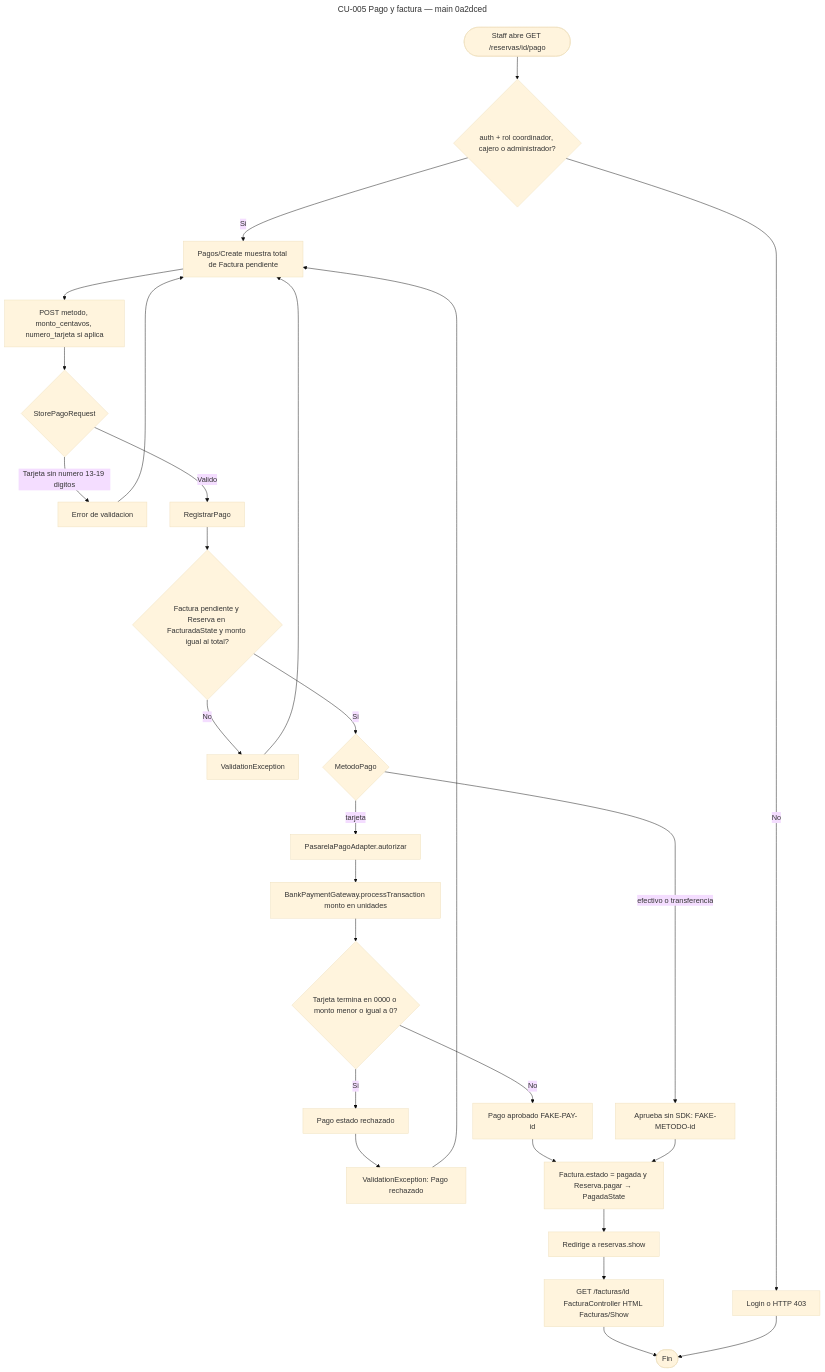
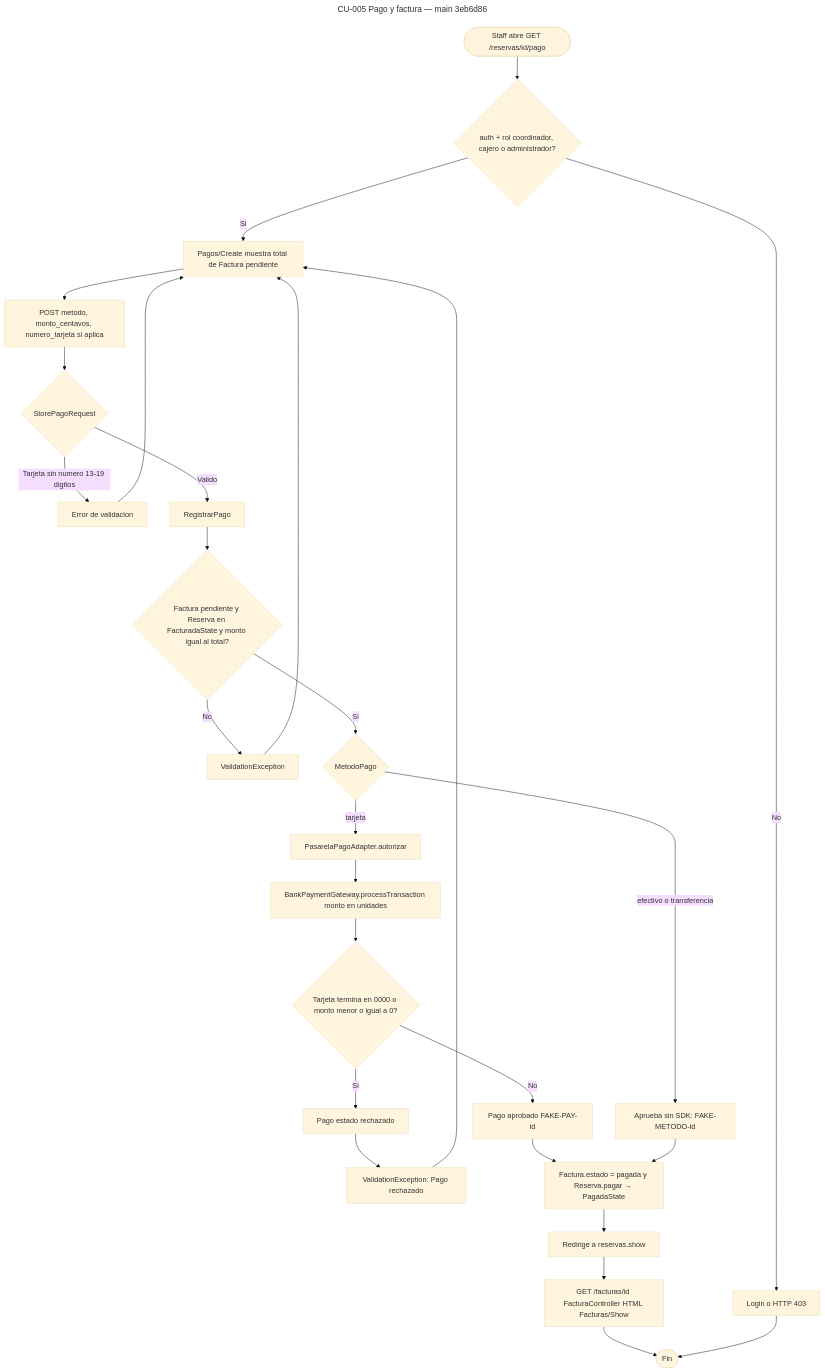
One commit to molxno/renta-vehiculos changed the diagram in docs/entrega-2/diagramas/actividad-cu005-pago-factura.mmd. Above: the diagram before and after it, drawn with Mermaid (base theme). The commit also changed 8 other files, not shown here.

First line of the commit message:
Diagramas Entrega 2 (.mmd) (#65)

```diff
--- a/docs/entrega-2/diagramas/actividad-cu005-pago-factura.mmd
+++ b/docs/entrega-2/diagramas/actividad-cu005-pago-factura.mmd
@@ -1,30 +1,30 @@
 ---
-title: CU-005 Pago y factura — main 0a2dced
+title: CU-005 Pago y factura — main 3eb6d86
 ---
 flowchart TD
     start([Staff abre GET /reservas/id/pago]) --> mw{auth + rol coordinador, cajero o administrador?}
     mw -->|No| login[Login o HTTP 403]
     mw -->|Si| pantalla[Pagos/Create muestra total de Factura pendiente]
     pantalla --> post[POST metodo, monto_centavos, numero_tarjeta si aplica]
     post --> rules{StorePagoRequest}
     rules -->|Tarjeta sin numero 13-19 digitos| errCard[Error de validacion]
     errCard --> pantalla
     rules -->|Valido| action[RegistrarPago]
     action --> pre{Factura pendiente y Reserva en FacturadaState y monto igual al total?}
     pre -->|No| errPre[ValidationException]
     errPre --> pantalla
     pre -->|Si| metodo{MetodoPago}
     metodo -->|tarjeta| adapter[PasarelaPagoAdapter.autorizar]
     adapter --> sdk[BankPaymentGateway.processTransaction monto en unidades]
     sdk --> card{Tarjeta termina en 0000 o monto menor o igual a 0?}
     card -->|Si| rech[Pago estado rechazado]
     rech --> errRech[ValidationException: Pago rechazado]
     errRech --> pantalla
     card -->|No| okPay[Pago aprobado FAKE-PAY-id]
     metodo -->|efectivo o transferencia| okLocal[Aprueba sin SDK: FAKE-METODO-id]
     okPay --> close[Factura.estado = pagada y Reserva.pagar → PagadaState]
     okLocal --> close
     close --> show[Redirige a reservas.show]
     show --> html[GET /facturas/id FacturaController HTML Facturas/Show]
     html --> fin([Fin])
     login --> fin
```
